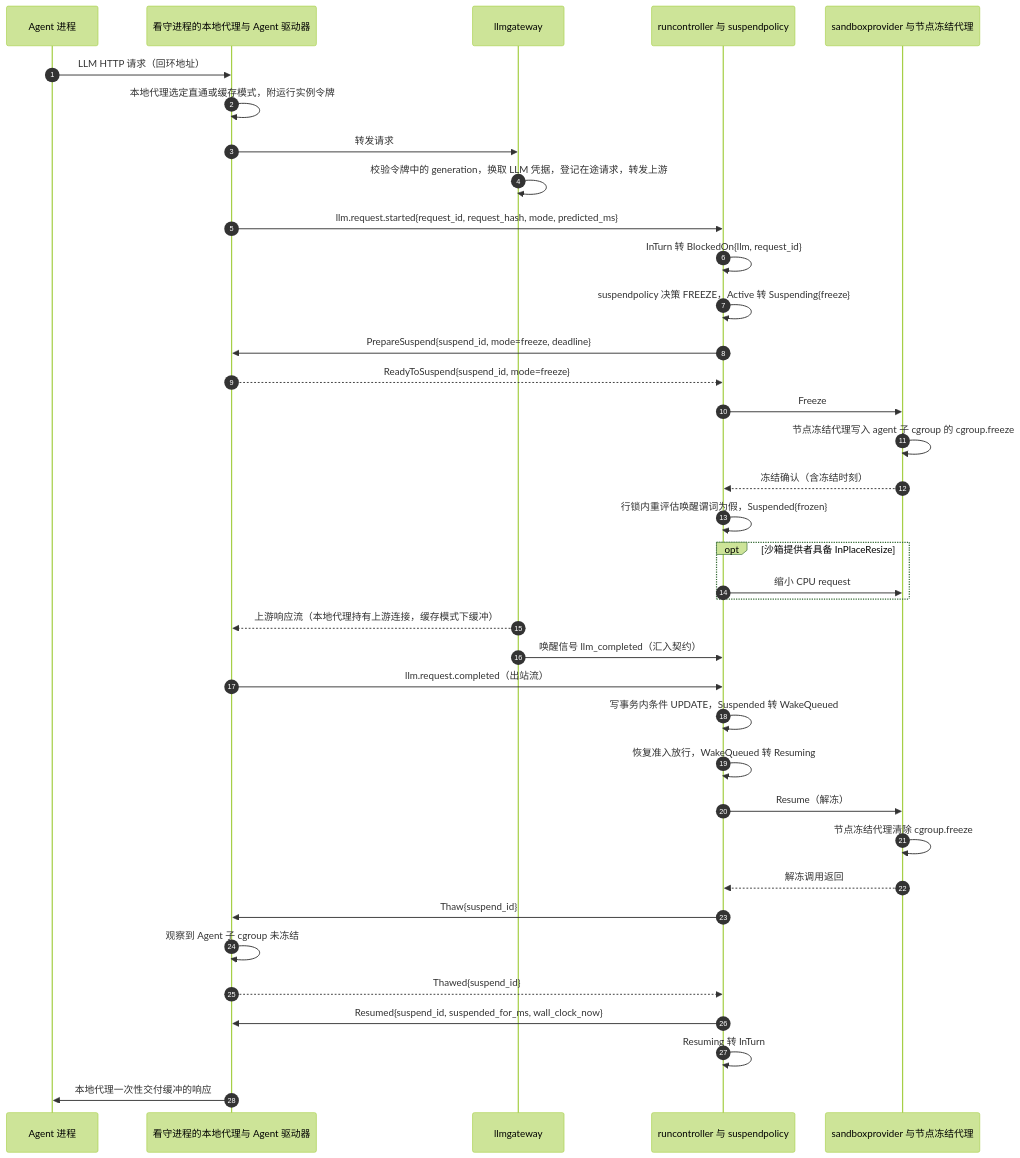
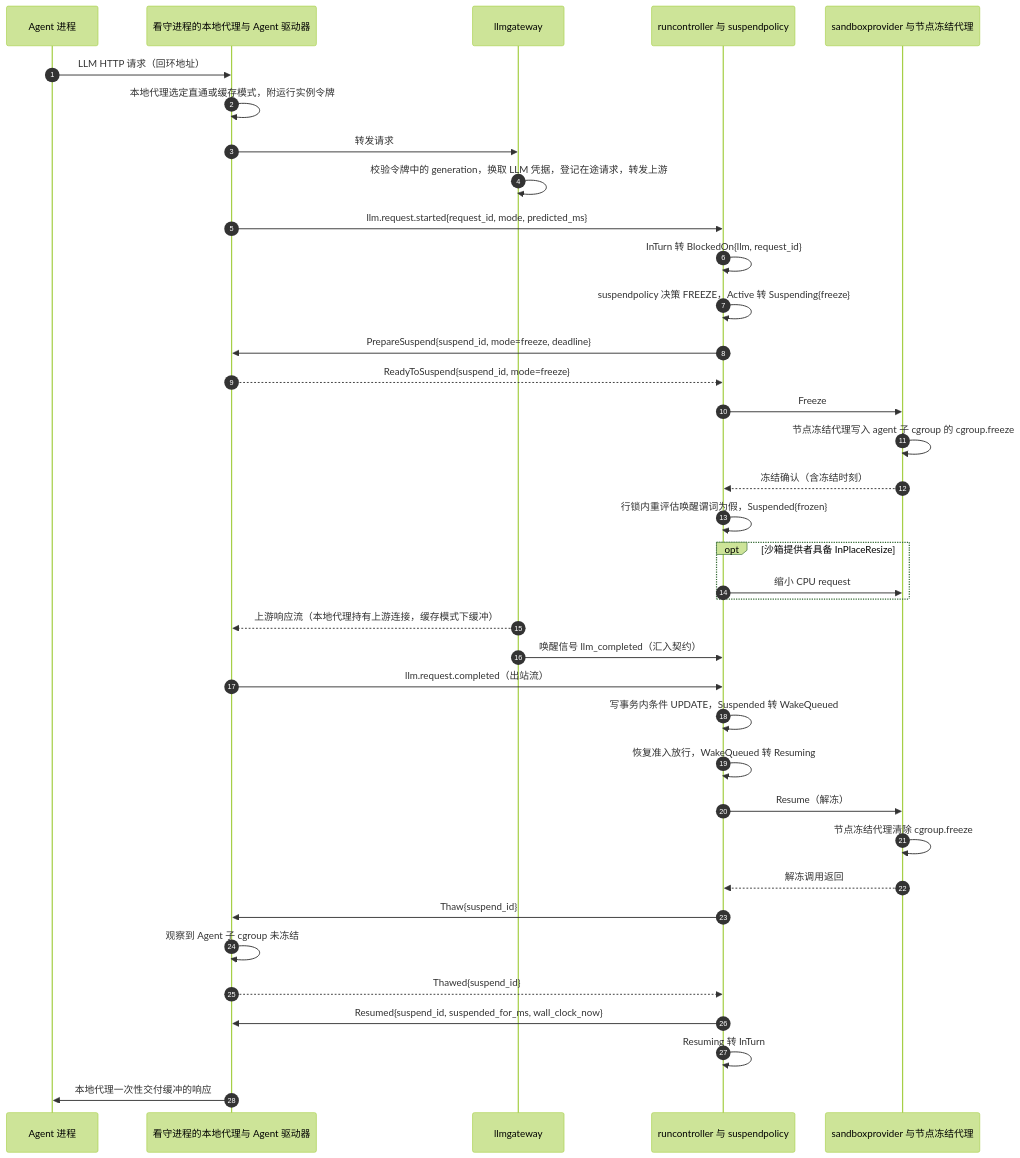
Before and after one commit to wangzw/castworks: the fifth of 8 diagrams in docs/design/architecture.md, drawn with Mermaid (forest theme). The commit also changed 5 other files, not shown here.

````diff
--- a/docs/design/architecture.md
+++ b/docs/design/architecture.md
@@ -334,39 +334,39 @@
 ```mermaid
 sequenceDiagram
     autonumber
     participant A as Agent 进程
     participant W as 看守进程的本地代理与 Agent 驱动器
     participant G as llmgateway
     participant R as runcontroller 与 suspendpolicy
     participant P as sandboxprovider 与节点冻结代理
     A->>W: LLM HTTP 请求（回环地址）
     W->>W: 本地代理选定直通或缓存模式，附运行实例令牌
     W->>G: 转发请求
     G->>G: 校验令牌中的 generation，换取 LLM 凭据，登记在途请求，转发上游
-    W->>R: llm.request.started{request_id, request_hash, mode, predicted_ms}
+    W->>R: llm.request.started{request_id, mode, predicted_ms}
     R->>R: InTurn 转 BlockedOn{llm, request_id}
     R->>R: suspendpolicy 决策 FREEZE，Active 转 Suspending{freeze}
     R->>W: PrepareSuspend{suspend_id, mode=freeze, deadline}
     W-->>R: ReadyToSuspend{suspend_id, mode=freeze}
     R->>P: Freeze
     P->>P: 节点冻结代理写入 agent 子 cgroup 的 cgroup.freeze
     P-->>R: 冻结确认（含冻结时刻）
     R->>R: 行锁内重评估唤醒谓词为假，Suspended{frozen}
     opt 沙箱提供者具备 InPlaceResize
         R->>P: 缩小 CPU request
     end
     G-->>W: 上游响应流（本地代理持有上游连接，缓存模式下缓冲）
     G->>R: 唤醒信号 llm_completed（汇入契约）
     W->>R: llm.request.completed（出站流）
     R->>R: 写事务内条件 UPDATE，Suspended 转 WakeQueued
     R->>R: 恢复准入放行，WakeQueued 转 Resuming
     R->>P: Resume（解冻）
     P->>P: 节点冻结代理清除 cgroup.freeze
     P-->>R: 解冻调用返回
     R->>W: Thaw{suspend_id}
     W->>W: 观察到 Agent 子 cgroup 未冻结
     W-->>R: Thawed{suspend_id}
     R->>W: Resumed{suspend_id, suspended_for_ms, wall_clock_now}
     R->>R: Resuming 转 InTurn
     W->>A: 本地代理一次性交付缓冲的响应
 ```
````
